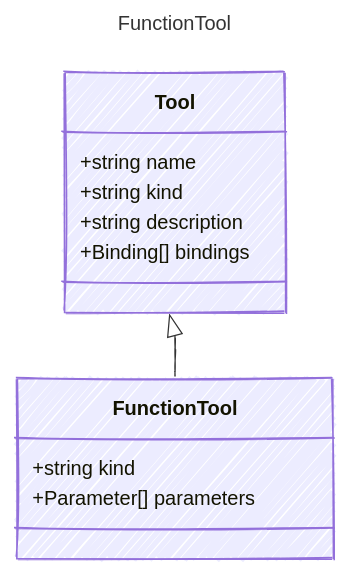
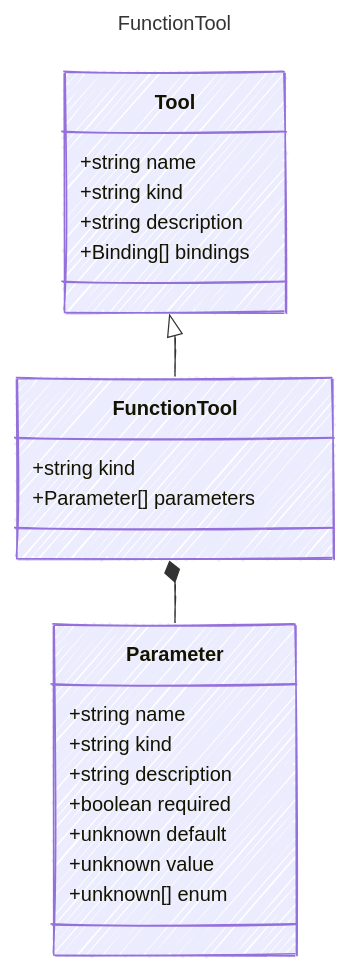
Before and after one commit to microsoft/prompty: the diagram in specification/prompty/docs/FunctionTool.md, drawn with Mermaid. The commit also changed other lines of this file and 19 other files, not shown here.

````diff
--- a/specification/prompty/docs/FunctionTool.md
+++ b/specification/prompty/docs/FunctionTool.md
@@ -7,23 +7,33 @@
 ```mermaid
 ---
 title: FunctionTool
 config:
   look: handDrawn
   theme: colorful
   class:
     hideEmptyMembersBox: true
 ---
 classDiagram
     class Tool {
         +string name
         +string kind
         +string description
         +Binding[] bindings
     }
     Tool <|-- FunctionTool
     class FunctionTool {
       
         +string kind
         +Parameter[] parameters
     }
+    class Parameter {
+        +string name
+        +string kind
+        +string description
+        +boolean required
+        +unknown default
+        +unknown value
+        +unknown[] enum
+    }
+    FunctionTool *-- Parameter
 ```
````
